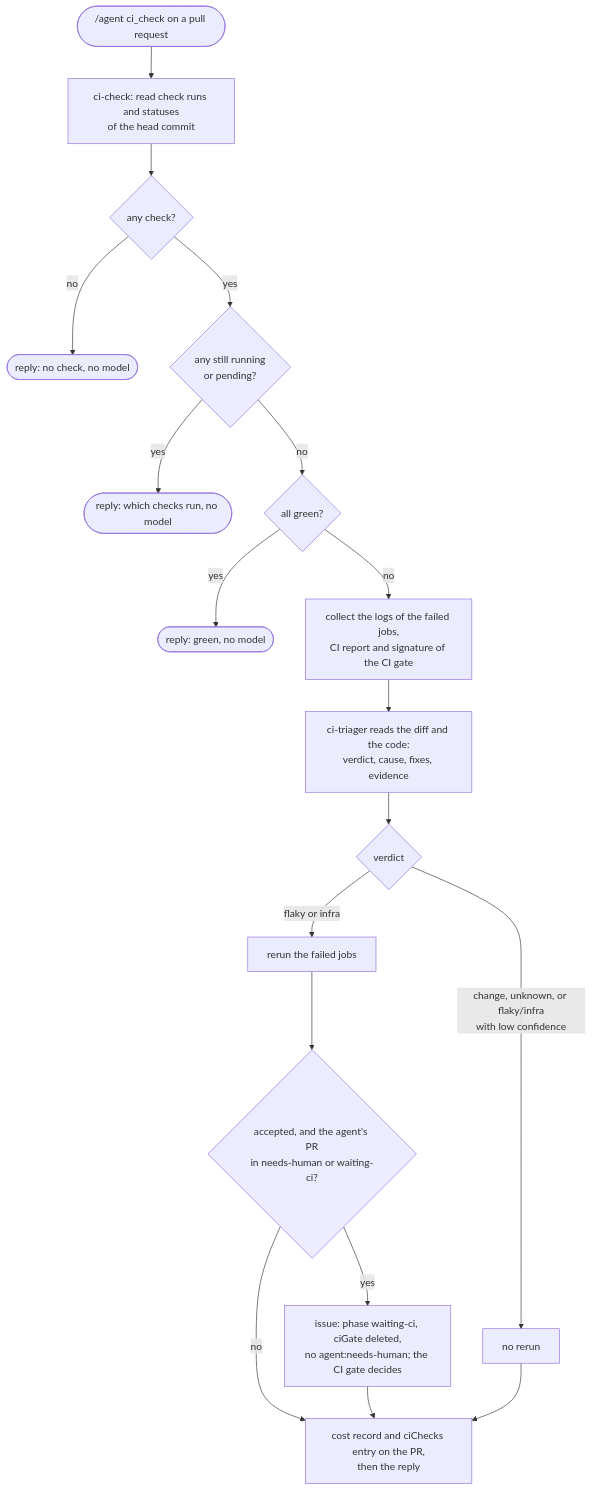
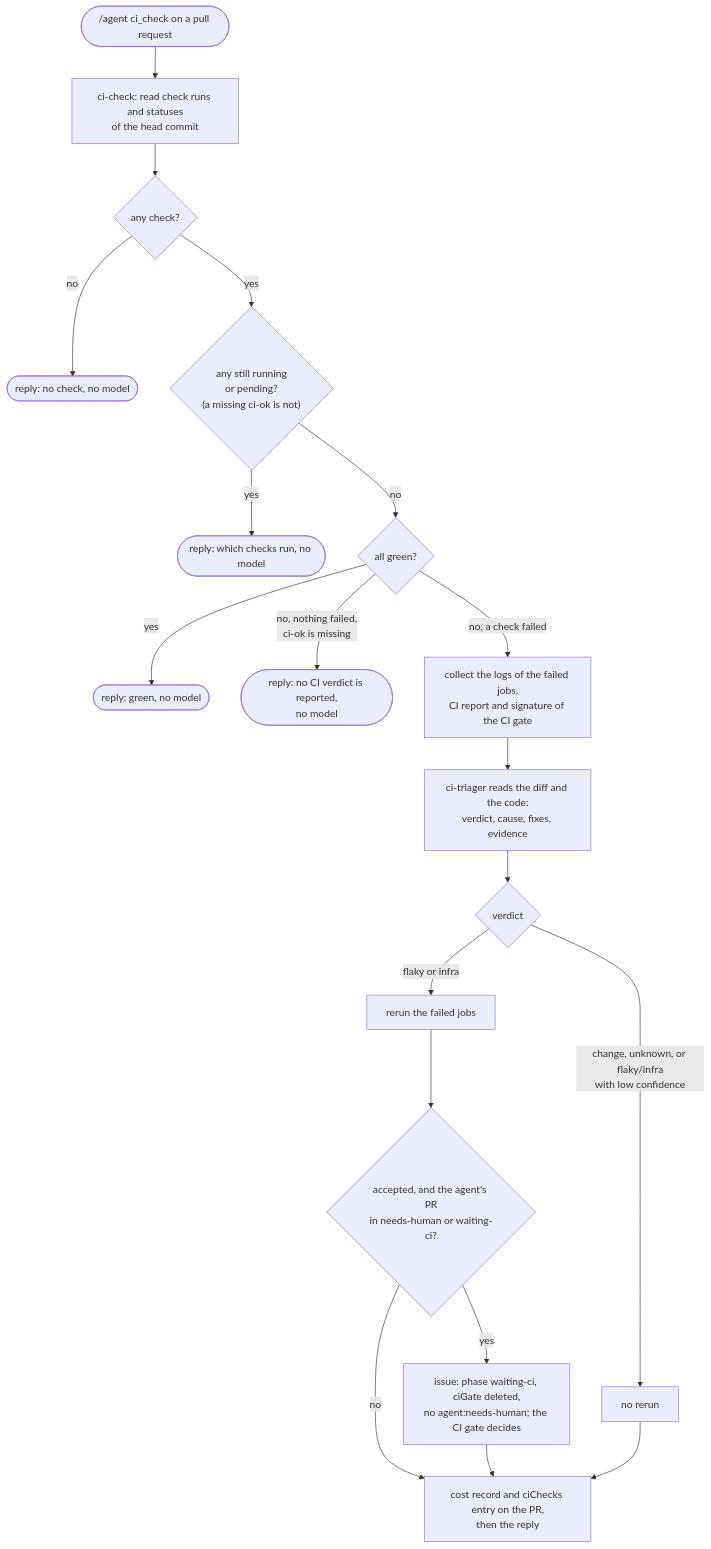
One commit to Netcracker/qubership-apihub changed the ninth of 11 diagrams in docs/internal/autonomous-agent/architecture.md. Above: the diagram before and after it, drawn with Mermaid. The commit also changed other lines of this file and 16 other files, not shown here.

````diff
--- a/docs/internal/autonomous-agent/architecture.md
+++ b/docs/internal/autonomous-agent/architecture.md
@@ -478,20 +489,21 @@
 ```mermaid
 flowchart TB
   C(["/agent ci_check on a pull request"]) --> READ["ci-check: read check runs and statuses<br/>of the head commit"]
   READ --> NONE{"any check?"}
   NONE -- no --> R1(["reply: no check, no model"])
-  NONE -- yes --> PEND{"any still running<br/>or pending?"}
+  NONE -- yes --> PEND{"any still running<br/>or pending?<br/>(a missing ci-ok is not)"}
   PEND -- yes --> R2(["reply: which checks run, no model"])
   PEND -- no --> GREEN{"all green?"}
   GREEN -- yes --> R3(["reply: green, no model"])
-  GREEN -- no --> LOGS["collect the logs of the failed jobs,<br/>CI report and signature of the CI gate"]
+  GREEN -- "no, nothing failed,<br/>ci-ok is missing" --> R4(["reply: no CI verdict is reported,<br/>no model"])
+  GREEN -- "no, a check failed" --> LOGS["collect the logs of the failed jobs,<br/>CI report and signature of the CI gate"]
   LOGS --> TRI["ci-triager reads the diff and the code:<br/>verdict, cause, fixes, evidence"]
   TRI --> V{"verdict"}
   V -- "change, unknown, or flaky/infra<br/>with low confidence" --> NO["no rerun"]
   V -- "flaky or infra" --> RERUN["rerun the failed jobs"]
   RERUN --> ACC{"accepted, and the agent's PR<br/>in needs-human or waiting-ci?"}
   ACC -- yes --> GATE["issue: phase waiting-ci, ciGate deleted,<br/>no agent:needs-human; the CI gate decides"]
   ACC -- no --> REPLY
   GATE --> REPLY
   NO --> REPLY["cost record and ciChecks entry on the PR,<br/>then the reply"]
 ```
````
